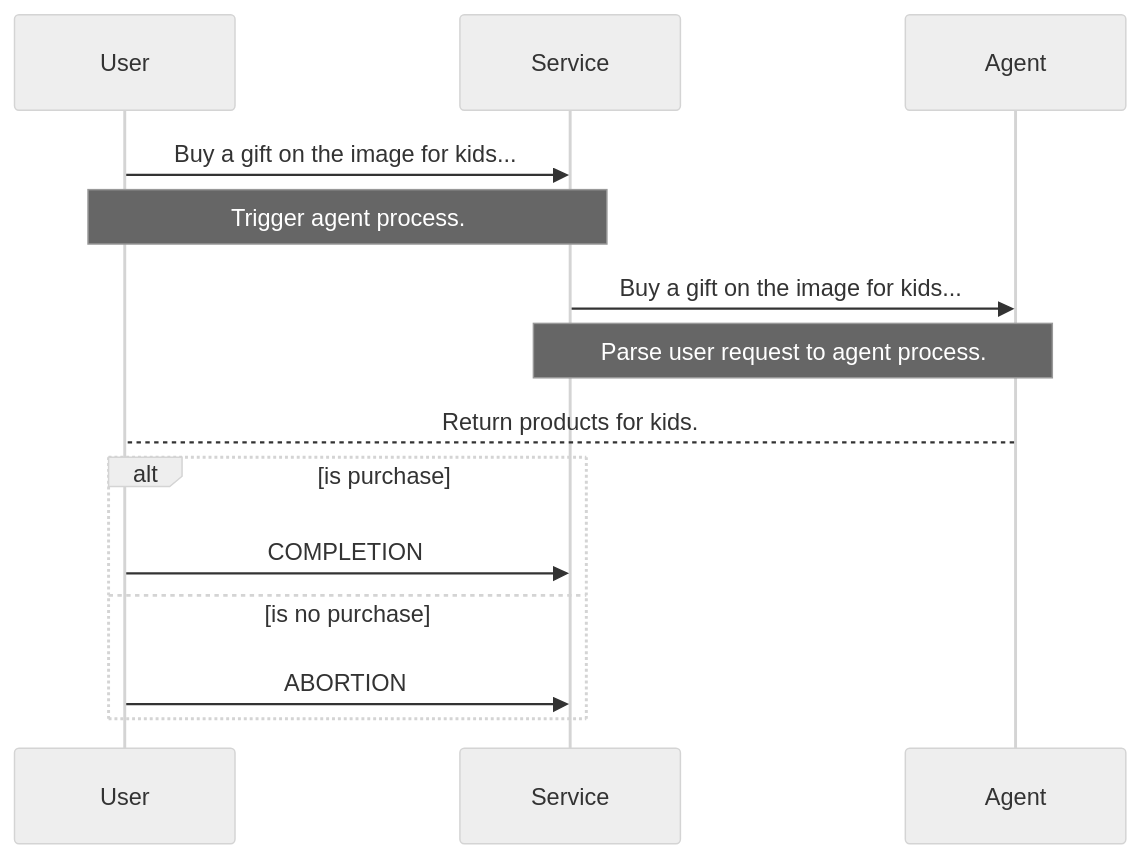
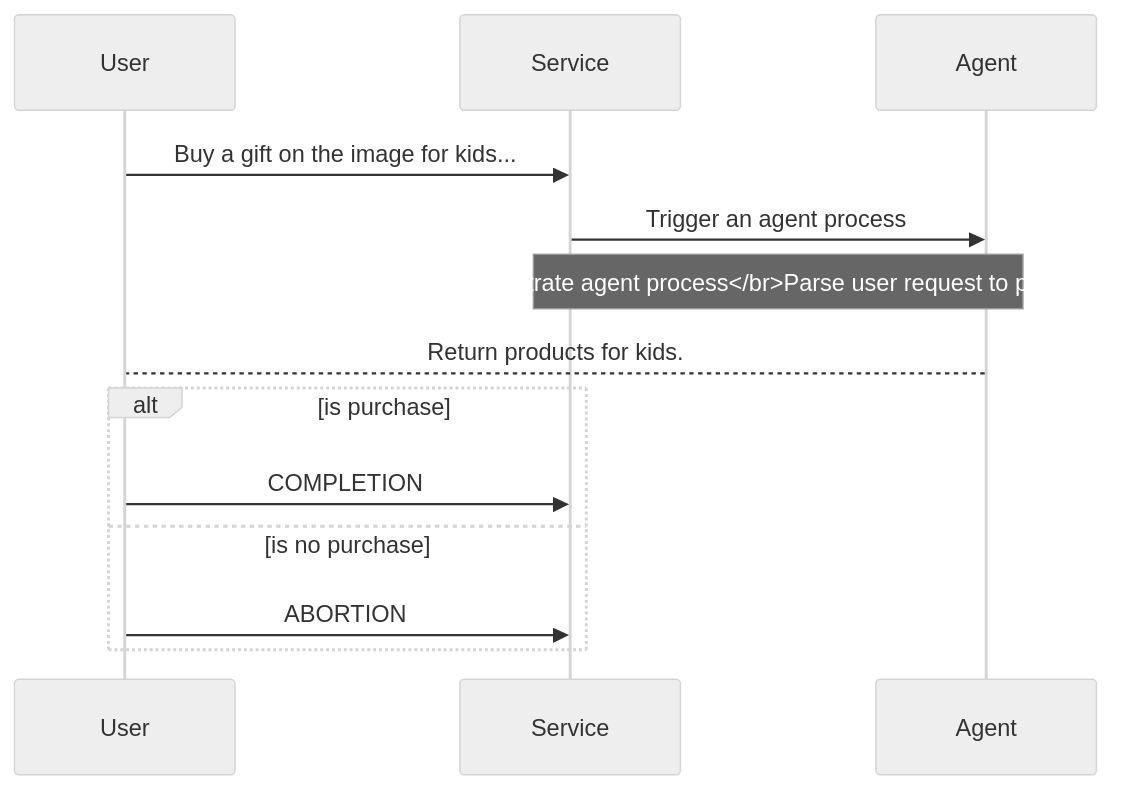
One commit to yueguoguo/yueguoguo.github.io changed the third of 4 diagrams in _posts/2024-11-31-service-as-a-software.md. Above: the diagram before and after it, drawn with Mermaid (neutral theme). The commit also changed other lines of this file, not shown here.

Commit message:
update diagram

```diff
--- a/_posts/2024-11-31-service-as-a-software.md
+++ b/_posts/2024-11-31-service-as-a-software.md
@@ -188,13 +188,12 @@
 <div class="mermaid">
 sequenceDiagram
     User->>Service: Buy a gift on the image for kids...
-    Note over User,Service: Trigger agent process.
-    Service->>Agent: Buy a gift on the image for kids...
-    Note over Service,Agent: Parse user request to agent process.
+    Service->>Agent: Trigger an agent process
+    Note over Service,Agent: Orchestrate agent process</br>Parse user request to prompts. 
     Agent-->User: Return products for kids.
     alt is purchase
         User->>Service: COMPLETION
     else is no purchase
         User->>Service: ABORTION
     end
 </div>
```
